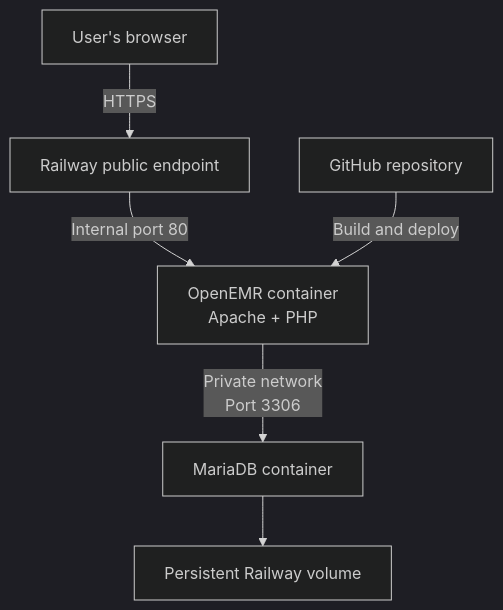
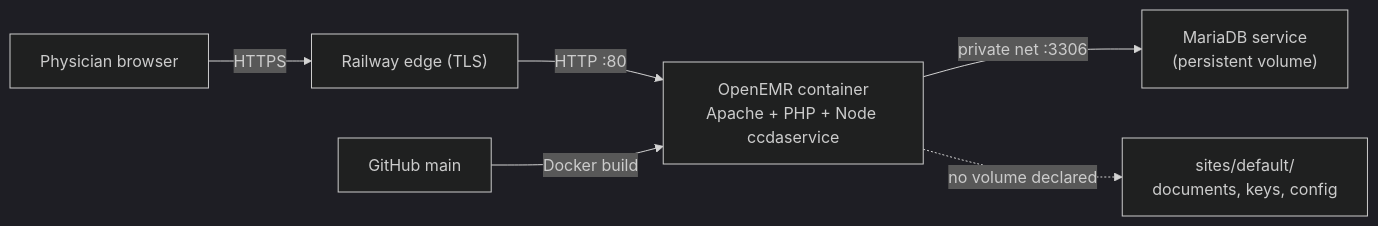
One commit to joshuatagoe/openemr-base-clean changed the first of 2 diagrams in AUDIT.md. Above: the diagram before and after it, drawn with Mermaid (dark theme). The commit also changed other lines of this file and 2 other files, not shown here.

First line of the commit message:
Add Clinical Co-Pilot audit, user definition and architecture plan

````diff
--- a/AUDIT.md
+++ b/AUDIT.md
@@ -23,8 +79,8 @@
 ```mermaid
-flowchart TD
-    U["User's browser"] -->|"HTTPS"| R["Railway public endpoint"]
-    R -->|"Internal port 80"| O["OpenEMR container<br/>Apache + PHP"]
-    O -->|"Private network<br/>Port 3306"| M["MariaDB container"]
-    M --> V["Persistent Railway volume"]
-    G["GitHub repository"] -->|"Build and deploy"| O
+flowchart LR
+    B["Physician browser"] -->|HTTPS| E["Railway edge (TLS)"]
+    E -->|HTTP :80| A["OpenEMR container<br/>Apache + PHP + Node ccdaservice"]
+    A -->|private net :3306| M["MariaDB service<br/>(persistent volume)"]
+    A -.->|no volume declared| S["sites/default/<br/>documents, keys, config"]
+    G["GitHub main"] -->|Docker build| A
 ```
````
